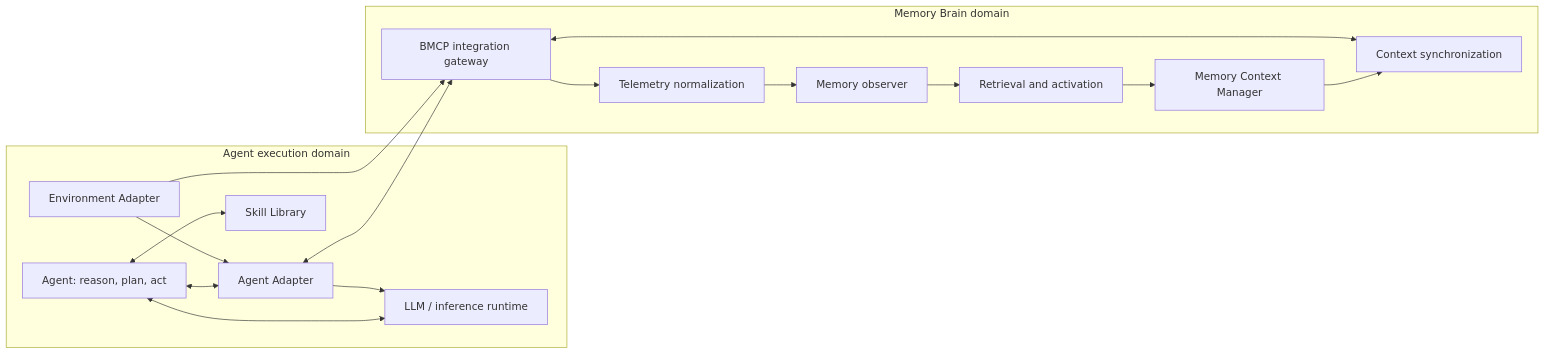
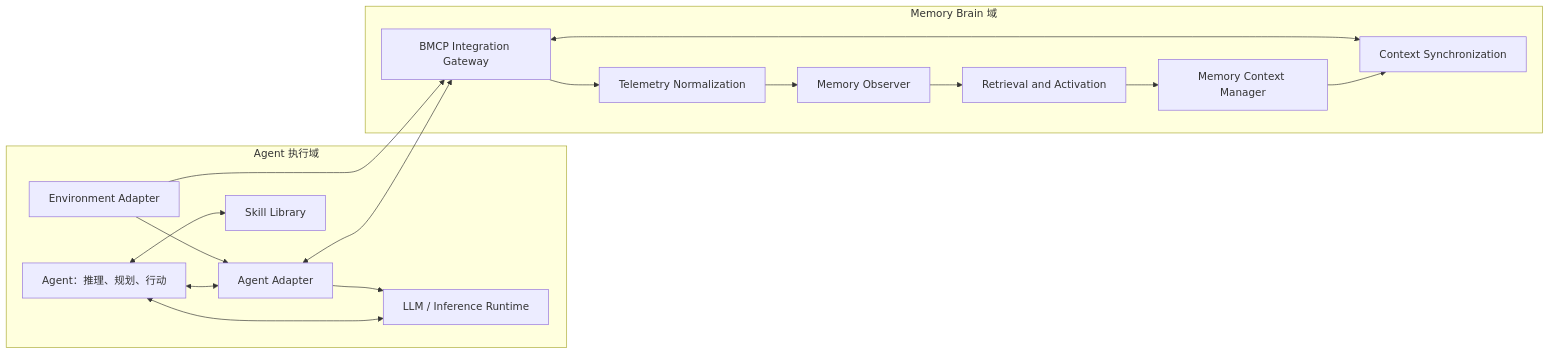
The diagram in docs/zh-CN/07-agent-integration/agent-integration-overview.md (oahcom/AiMemoryBrainArchitecture), drawn with Mermaid before and after one commit. The commit also changed other lines of this file and 8 other files, not shown here.

Commit message:
docs(agent): reconcile Agent Integration reference-model evidence

````diff
--- a/docs/zh-CN/07-agent-integration/agent-integration-overview.md
+++ b/docs/zh-CN/07-agent-integration/agent-integration-overview.md
@@ -21,27 +77,27 @@
-~~~mermaid
+```mermaid
 flowchart LR
-  subgraph AgentSide["Agent execution domain"]
-    A[Agent: reason, plan, act]
-    L[LLM / inference runtime]
+  subgraph AgentSide["Agent 执行域"]
+    A[Agent：推理、规划、行动]
+    L[LLM / Inference Runtime]
     AA[Agent Adapter]
     EA[Environment Adapter]
     SL[Skill Library]
     A <--> L
     A <--> SL
     A <--> AA
     EA --> AA
     AA --> L
   end
-  subgraph BrainSide["Memory Brain domain"]
-    PG[BMCP integration gateway]
-    T[Telemetry normalization]
-    O[Memory observer]
-    R[Retrieval and activation]
+  subgraph BrainSide["Memory Brain 域"]
+    PG[BMCP Integration Gateway]
+    T[Telemetry Normalization]
+    O[Memory Observer]
+    R[Retrieval and Activation]
     C[Memory Context Manager]
-    S[Context synchronization]
+    S[Context Synchronization]
     PG --> T --> O --> R --> C --> S
     PG <--> S
   end
   AA <--> PG
   EA --> PG
-~~~
+```
````
